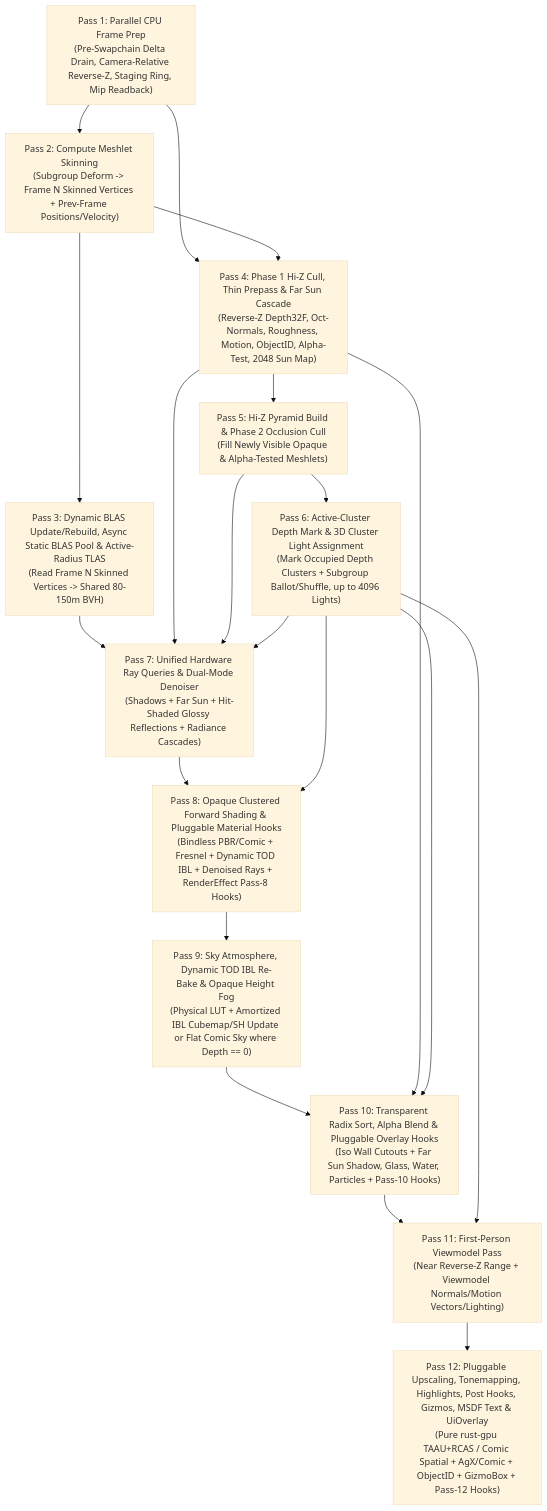
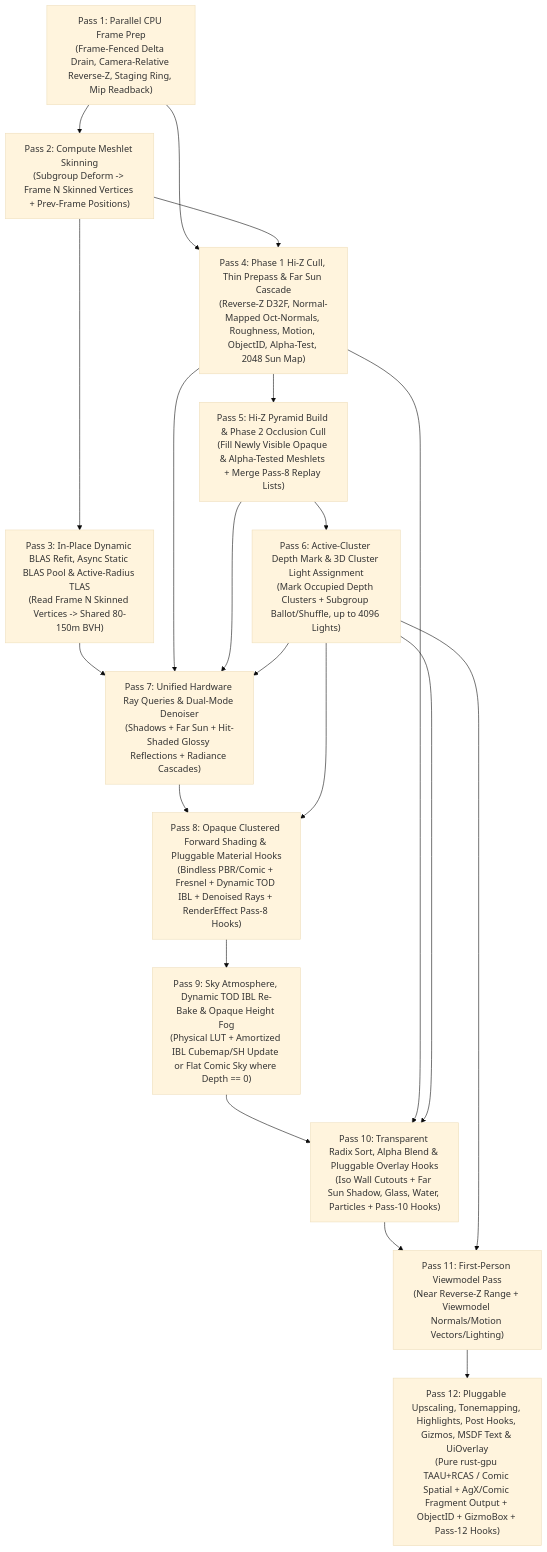
One commit to dragon-engine/dragon-engine changed the diagram in docs/graphics-architecture.md. Above: the diagram before and after it, drawn with Mermaid (base theme). The commit also changed other lines of this file and 10 other files, not shown here.

````diff
--- a/docs/graphics-architecture.md
+++ b/docs/graphics-architecture.md
@@ -45,35 +45,35 @@
 ```mermaid
 flowchart TD
-    P1["Pass 1: Parallel CPU Frame Prep\n(Pre-Swapchain Delta Drain, Camera-Relative Reverse-Z, Staging Ring, Mip Readback)"]
-    P2["Pass 2: Compute Meshlet Skinning\n(Subgroup Deform -> Frame N Skinned Vertices + Prev-Frame Positions/Velocity)"]
-    P3["Pass 3: Dynamic BLAS Update/Rebuild, Async Static BLAS Pool & Active-Radius TLAS\n(Read Frame N Skinned Vertices -> Shared 80-150m BVH)"]
-    P4["Pass 4: Phase 1 Hi-Z Cull, Thin Prepass & Far Sun Cascade\n(Reverse-Z Depth32F, Oct-Normals, Roughness, Motion, ObjectID, Alpha-Test, 2048 Sun Map)"]
-    P5["Pass 5: Hi-Z Pyramid Build & Phase 2 Occlusion Cull\n(Fill Newly Visible Opaque & Alpha-Tested Meshlets)"]
+    P1["Pass 1: Parallel CPU Frame Prep\n(Frame-Fenced Delta Drain, Camera-Relative Reverse-Z, Staging Ring, Mip Readback)"]
+    P2["Pass 2: Compute Meshlet Skinning\n(Subgroup Deform -> Frame N Skinned Vertices + Prev-Frame Positions)"]
+    P3["Pass 3: In-Place Dynamic BLAS Refit, Async Static BLAS Pool & Active-Radius TLAS\n(Read Frame N Skinned Vertices -> Shared 80-150m BVH)"]
+    P4["Pass 4: Phase 1 Hi-Z Cull, Thin Prepass & Far Sun Cascade\n(Reverse-Z D32F, Normal-Mapped Oct-Normals, Roughness, Motion, ObjectID, Alpha-Test, 2048 Sun Map)"]
+    P5["Pass 5: Hi-Z Pyramid Build & Phase 2 Occlusion Cull\n(Fill Newly Visible Opaque & Alpha-Tested Meshlets + Merge Pass-8 Replay Lists)"]
     P6["Pass 6: Active-Cluster Depth Mark & 3D Cluster Light Assignment\n(Mark Occupied Depth Clusters + Subgroup Ballot/Shuffle, up to 4096 Lights)"]
     P7["Pass 7: Unified Hardware Ray Queries & Dual-Mode Denoiser\n(Shadows + Far Sun + Hit-Shaded Glossy Reflections + Radiance Cascades)"]
     P8["Pass 8: Opaque Clustered Forward Shading & Pluggable Material Hooks\n(Bindless PBR/Comic + Fresnel + Dynamic TOD IBL + Denoised Rays + RenderEffect Pass-8 Hooks)"]
     P9["Pass 9: Sky Atmosphere, Dynamic TOD IBL Re-Bake & Opaque Height Fog\n(Physical LUT + Amortized IBL Cubemap/SH Update or Flat Comic Sky where Depth == 0)"]
     P10["Pass 10: Transparent Radix Sort, Alpha Blend & Pluggable Overlay Hooks\n(Iso Wall Cutouts + Far Sun Shadow, Glass, Water, Particles + Pass-10 Hooks)"]
     P11["Pass 11: First-Person Viewmodel Pass\n(Near Reverse-Z Range + Viewmodel Normals/Motion Vectors/Lighting)"]
-    P12["Pass 12: Pluggable Upscaling, Tonemapping, Highlights, Post Hooks, Gizmos, MSDF Text & UiOverlay\n(Pure rust-gpu TAAU+RCAS / Comic Spatial + AgX/Comic + ObjectID + GizmoBox + Pass-12 Hooks)"]
+    P12["Pass 12: Pluggable Upscaling, Tonemapping, Highlights, Post Hooks, Gizmos, MSDF Text & UiOverlay\n(Pure rust-gpu TAAU+RCAS / Comic Spatial + AgX/Comic Fragment Output + ObjectID + GizmoBox + Pass-12 Hooks)"]
 
     P1 --> P2
     P1 --> P4
     P2 --> P3
     P2 --> P4
     P4 --> P5
     P5 --> P6
     P3 --> P7
     P4 --> P7
     P5 --> P7
     P6 --> P7
     P7 --> P8
     P6 --> P8
     P8 --> P9
     P9 --> P10
     P4 --> P10
     P6 --> P10
     P10 --> P11
     P6 --> P11
     P11 --> P12
 ```
````
